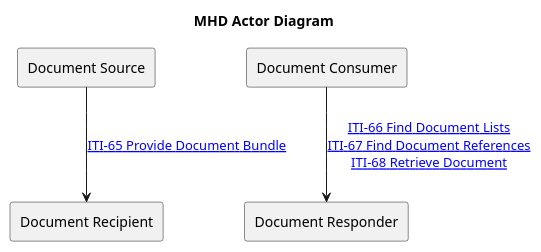
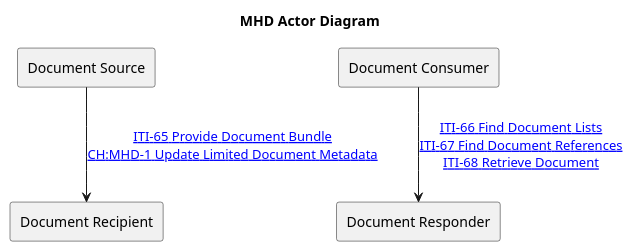
One commit to ehealthsuisse/ch-epr-fhir changed the diagram in input/images-source/MHD_actor_diagram.plantuml. Above: the diagram before and after it, drawn with PlantUML. The commit also changed 8 other files, not shown here.

```diff
--- a/input/images-source/MHD_actor_diagram.plantuml
+++ b/input/images-source/MHD_actor_diagram.plantuml
@@ -1,10 +1,10 @@
 @startuml
 ' https://github.com/IHE/ITI.MHD/blob/master/input/images-source/ActorsAndTransactions.plantuml
 title MHD Actor Diagram
 agent "Document Source" as DocumentSource
 agent "Document Consumer" as DocumentConsumer
 agent "Document Responder" as DocumentResponder
 agent "Document Recipient" as DocumentRecipient
 DocumentConsumer --> DocumentResponder : "[[iti-66.html ITI-66 Find Document Lists]]\n[[ITI-67.html ITI-67 Find Document References]]\n[[iti-68.html ITI-68 Retrieve Document]]"
-DocumentSource --> DocumentRecipient : "[[iti-65.html ITI-65 Provide Document Bundle]]"
+DocumentSource --> DocumentRecipient : "[[iti-65.html ITI-65 Provide Document Bundle]]\n[[ch-mhd-1.html CH:MHD-1 Update Limited Document Metadata]]"
 @enduml
```
